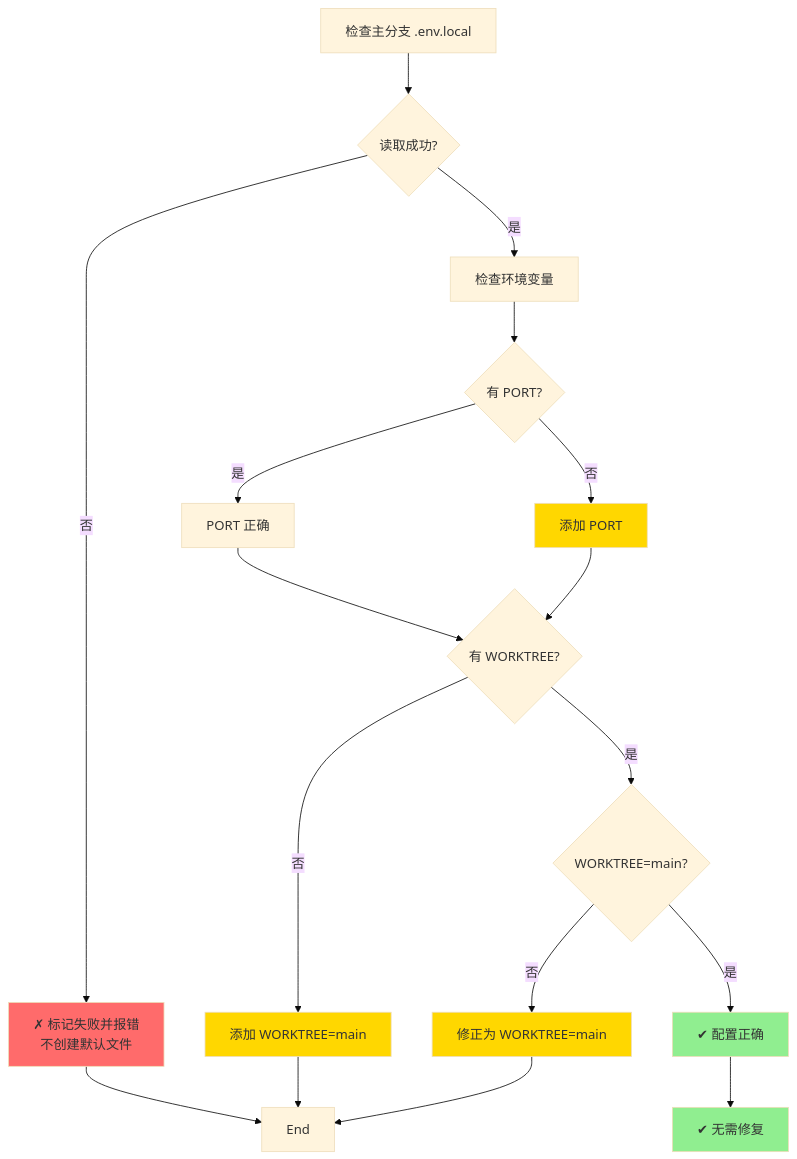
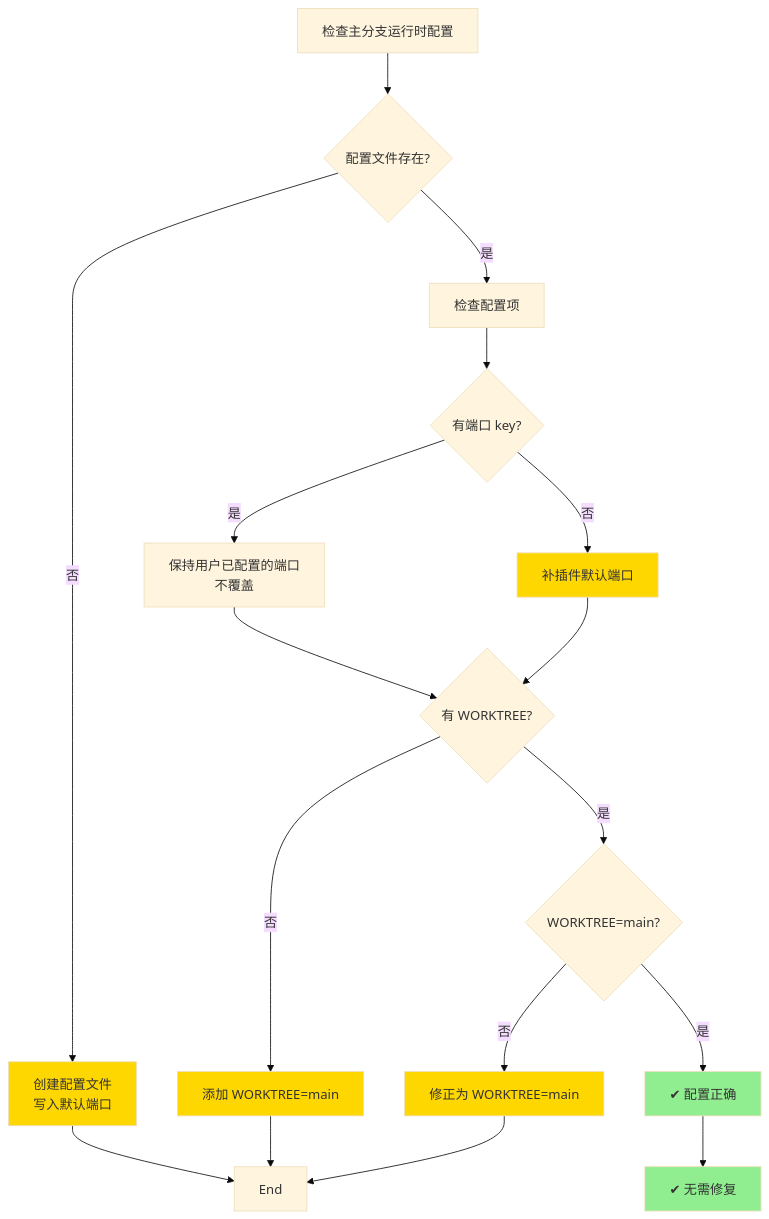
The second of 4 diagrams in docs/zh-CN/develop/design/commands/design-repair-command.md (colin-han/colyn), drawn with Mermaid (base theme) before and after one commit. The commit also changed other lines of this file and 18 other files, not shown here.

````diff
--- a/docs/zh-CN/develop/design/commands/design-repair-command.md
+++ b/docs/zh-CN/develop/design/commands/design-repair-command.md
@@ -214,33 +225,33 @@
 ```mermaid
 graph TD
-    Start[检查主分支 .env.local] --> ReadFile{读取成功?}
+    Start[检查主分支运行时配置] --> ReadFile{配置文件存在?}
 
-    ReadFile -->|否| ReadFail[✗ 标记失败并报错<br/>不创建默认文件]
-    ReadFile -->|是| CheckVars[检查环境变量]
+    ReadFile -->|否| Create[创建配置文件<br/>写入默认端口]
+    ReadFile -->|是| CheckVars[检查配置项]
 
-    ReadFail --> End
+    Create --> End
 
-    CheckVars --> HasPort{有 PORT?}
-    HasPort -->|否| AddPort[添加 PORT]
-    HasPort -->|是| PortOK[PORT 正确]
+    CheckVars --> HasPort{有端口 key?}
+    HasPort -->|否| AddPort[补插件默认端口]
+    HasPort -->|是| PortOK[保持用户已配置的端口<br/>不覆盖]
 
     PortOK --> HasWT{有 WORKTREE?}
     AddPort --> HasWT
 
     HasWT -->|否| AddWT[添加 WORKTREE=main]
     HasWT -->|是| WTValue{WORKTREE=main?}
 
     WTValue -->|否| FixWT[修正为 WORKTREE=main]
     WTValue -->|是| AllOK[✔ 配置正确]
 
     AddWT --> End
     FixWT --> End
     AllOK --> End2[✔ 无需修复]
 
-    style ReadFail fill:#FF6B6B
+    style Create fill:#FFD700
     style AddPort fill:#FFD700
     style AddWT fill:#FFD700
     style FixWT fill:#FFD700
     style AllOK fill:#90EE90
     style End2 fill:#90EE90
 ```
````
